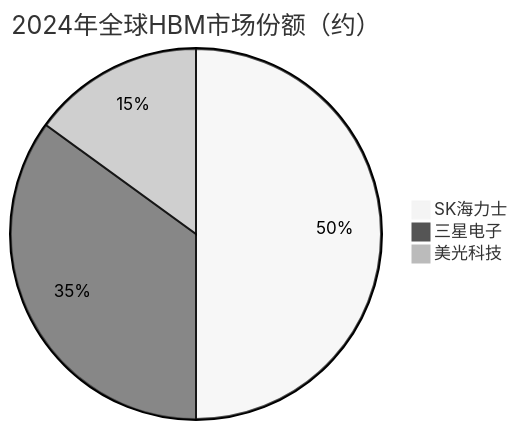
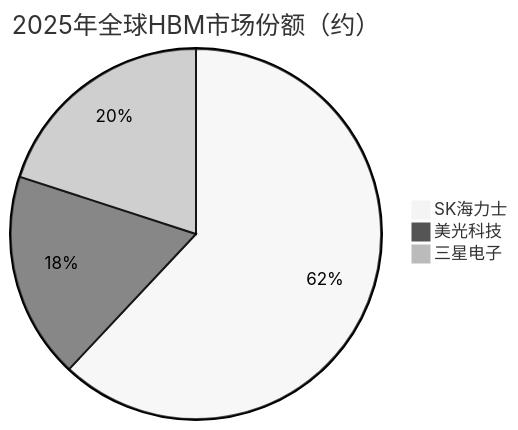
Before and after one commit to blueprint1453/industry-insight: the third of 3 diagrams in AI产业链/中游/存储芯片/内存.md, drawn with Mermaid (neutral theme). The commit also changed other lines of this file and 78 other files, not shown here.

````diff
--- a/AI产业链/中游/存储芯片/内存.md
+++ b/AI产业链/中游/存储芯片/内存.md
@@ -94,6 +94,6 @@
 ```mermaid
-pie title 2024年全球HBM市场份额（约）
-    "SK海力士" : 50
-    "三星电子" : 35
-    "美光科技" : 15
+pie title 2025年全球HBM市场份额（约）
+    "SK海力士" : 62
+    "美光科技" : 18
+    "三星电子" : 20
 ```
````
